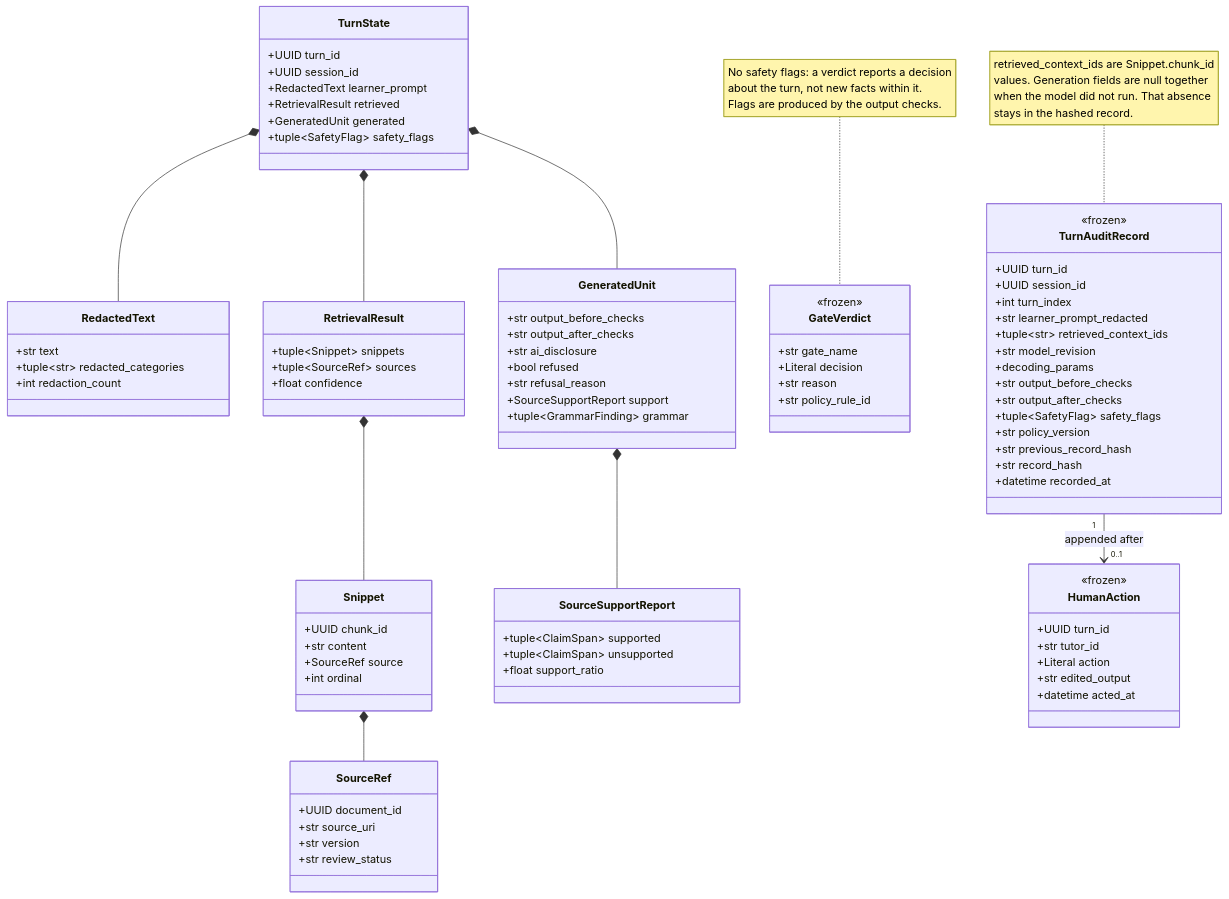
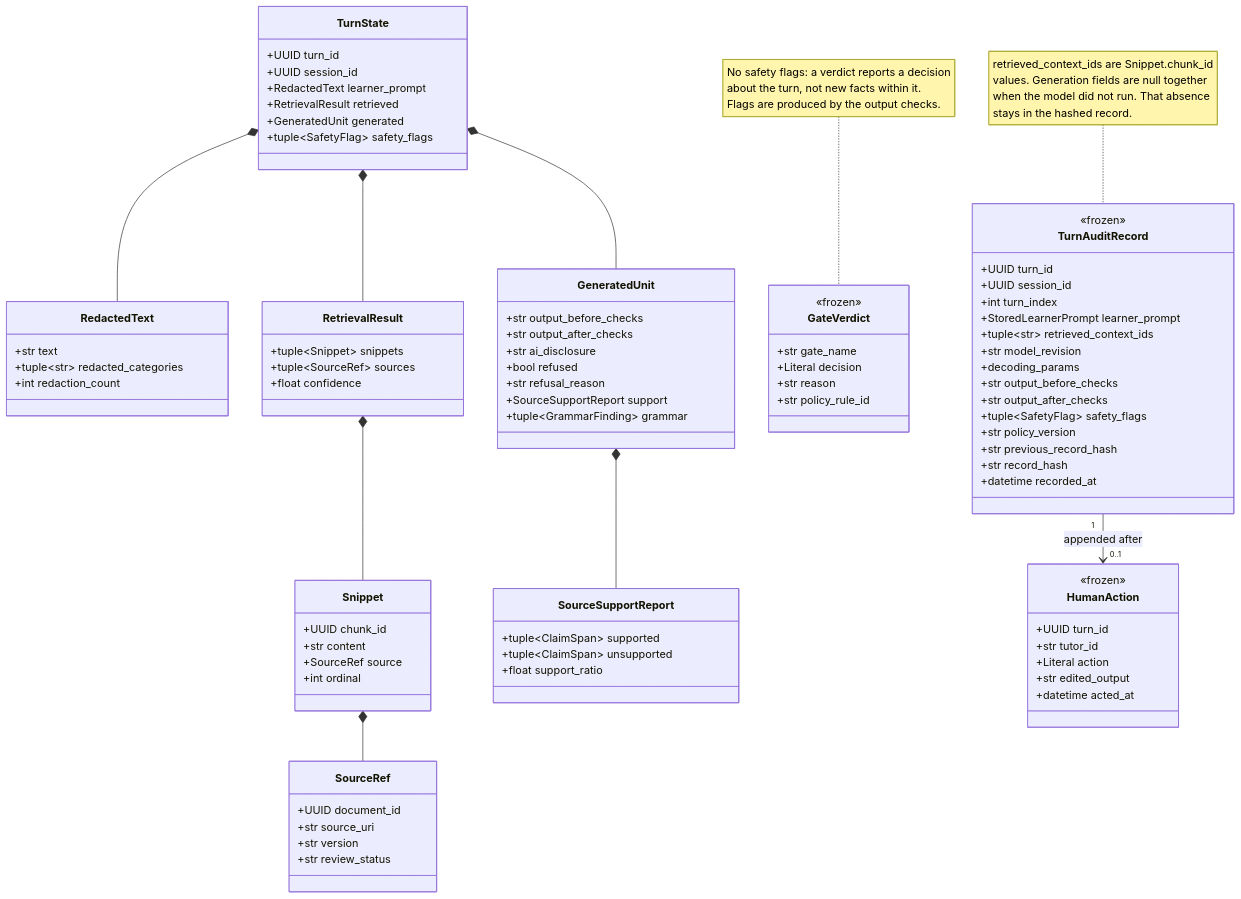
Before and after one commit to basiliofarach/two-agent-orchestration-language-learning: the sixth of 11 diagrams in docs/architecture/ARCHITECTURE.md, drawn with Mermaid. The commit also changed other lines of this file and 69 other files, not shown here.

```diff
--- a/docs/architecture/ARCHITECTURE.md
+++ b/docs/architecture/ARCHITECTURE.md
@@ -447,7 +457,7 @@
         +UUID turn_id
         +UUID session_id
         +int turn_index
-        +str learner_prompt_redacted
+        +StoredLearnerPrompt learner_prompt
         +tuple~str~ retrieved_context_ids
         +str model_revision
         +decoding_params
```
